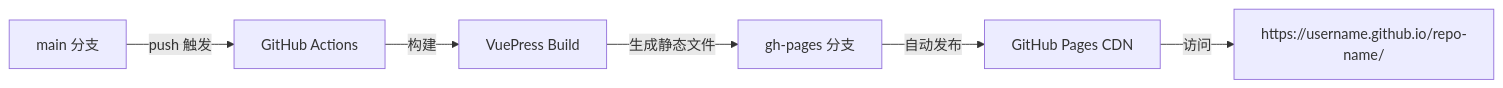
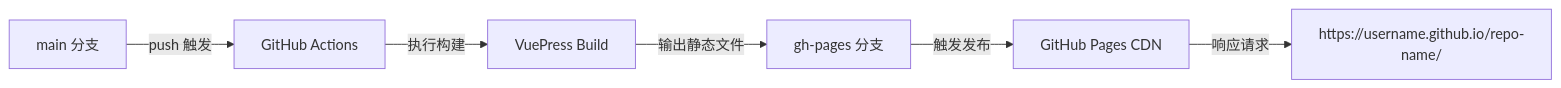
One commit to AldenWangExis/AldenWangExis.github.io changed the first of 4 diagrams in _posts/2026-01-08-vuepress-github-pages-deployment.md. Above: the diagram before and after it, drawn with Mermaid. The commit also changed other lines of this file, not shown here.

Commit message:
refactor(posts): Revise VuePress GitHub Pages deployment guide for clarity and accuracy, enhancing section titles and descriptions

````diff
--- a/_posts/2026-01-08-vuepress-github-pages-deployment.md
+++ b/_posts/2026-01-08-vuepress-github-pages-deployment.md
@@ -17,8 +17,8 @@
 ```mermaid
 graph LR
     A[main 分支] -->|push 触发| B[GitHub Actions]
-    B -->|构建| C[VuePress Build]
-    C -->|生成静态文件| D[gh-pages 分支]
-    D -->|自动发布| E[GitHub Pages CDN]
-    E -->|访问| F[https://username.github.io/repo-name/]
+    B -->|执行构建| C[VuePress Build]
+    C -->|输出静态文件| D[gh-pages 分支]
+    D -->|触发发布| E[GitHub Pages CDN]
+    E -->|响应请求| F[https://username.github.io/repo-name/]
 ```
````
